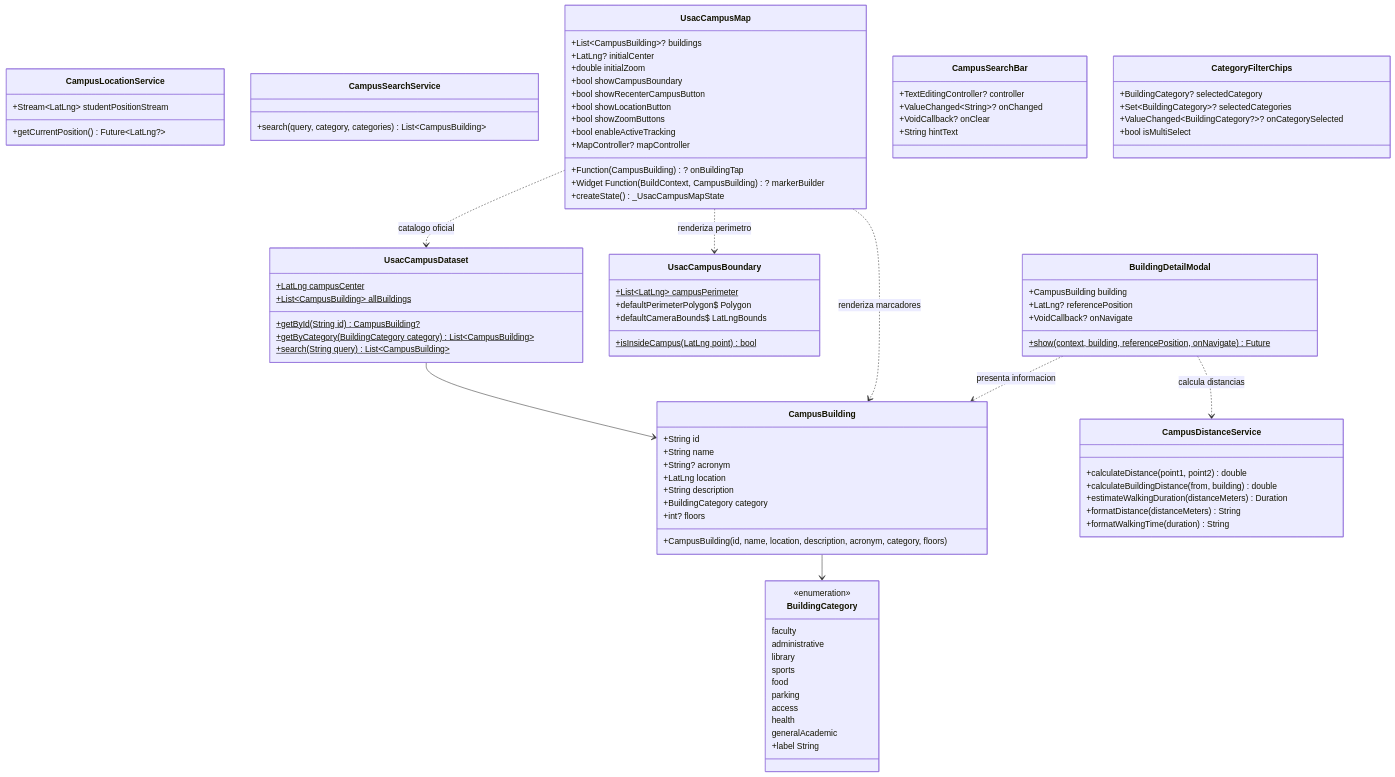
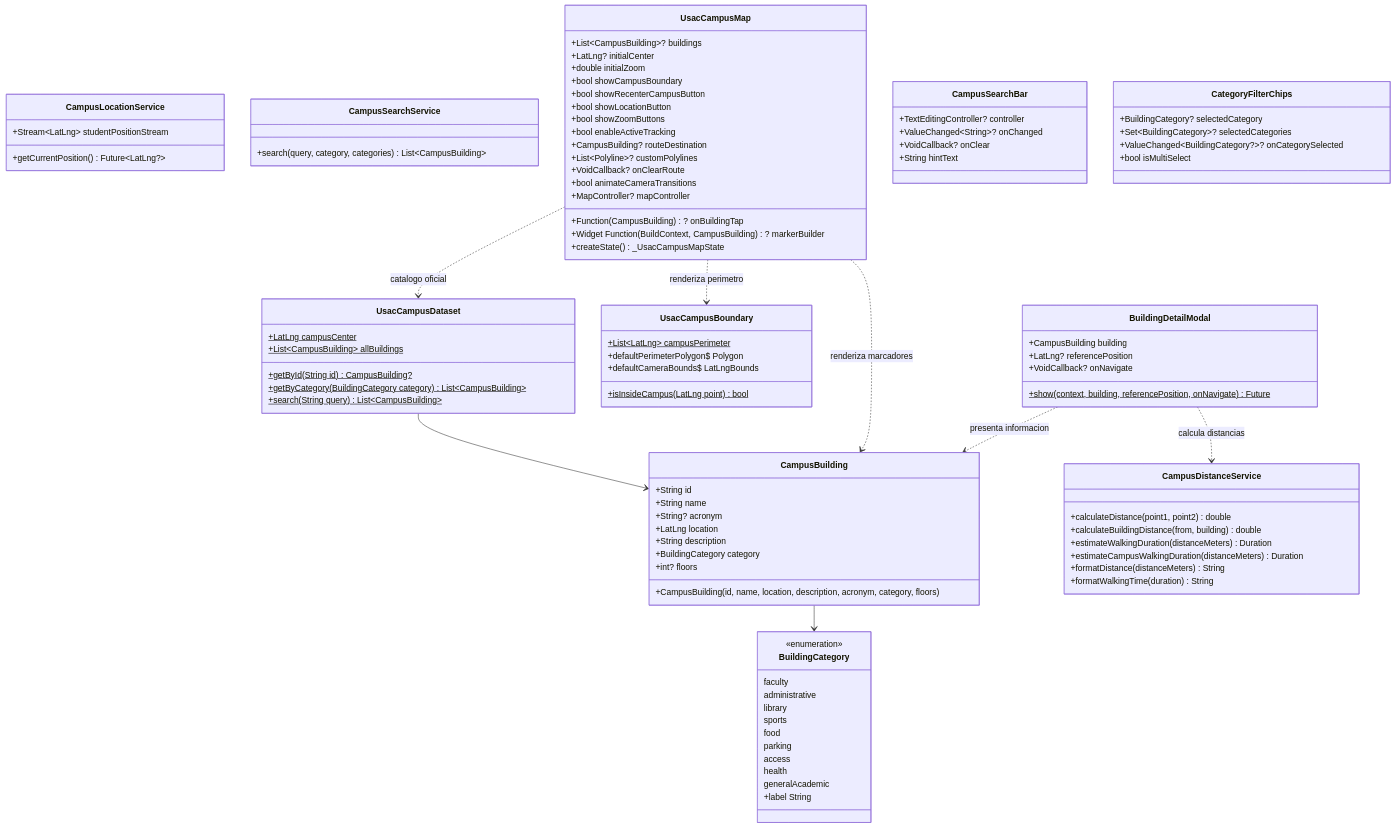
One commit to Trebol4Devop/usac_campus_map changed the second of 3 diagrams in README.md. Above: the diagram before and after it, drawn with Mermaid. The commit also changed other lines of this file and 15 other files, not shown here.

```diff
--- a/README.md
+++ b/README.md
@@ -190,6 +190,7 @@
         +calculateDistance(point1, point2) double
         +calculateBuildingDistance(from, building) double
         +estimateWalkingDuration(distanceMeters) Duration
+        +estimateCampusWalkingDuration(distanceMeters) Duration
         +formatDistance(distanceMeters) String
         +formatWalkingTime(duration) String
     }
@@ -205,6 +206,10 @@
         +bool showLocationButton
         +bool showZoomButtons
         +bool enableActiveTracking
+        +CampusBuilding? routeDestination
+        +List~Polyline~? customPolylines
+        +VoidCallback? onClearRoute
+        +bool animateCameraTransitions
         +MapController? mapController
         +createState() _UsacCampusMapState
     }
```
